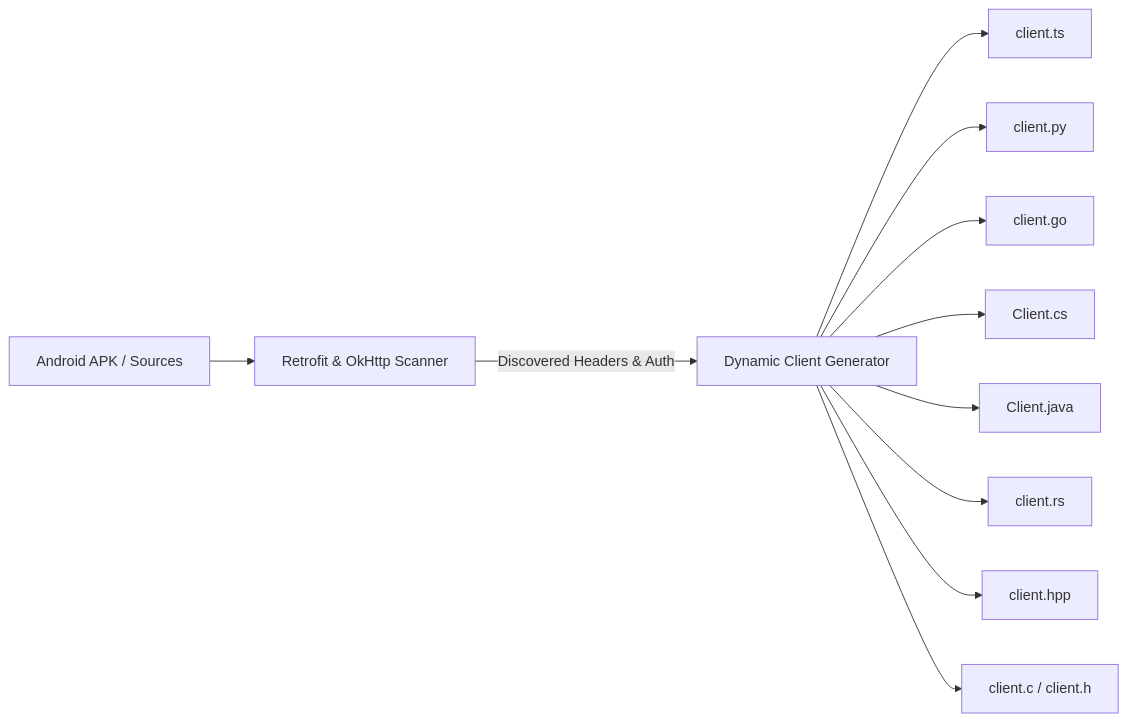
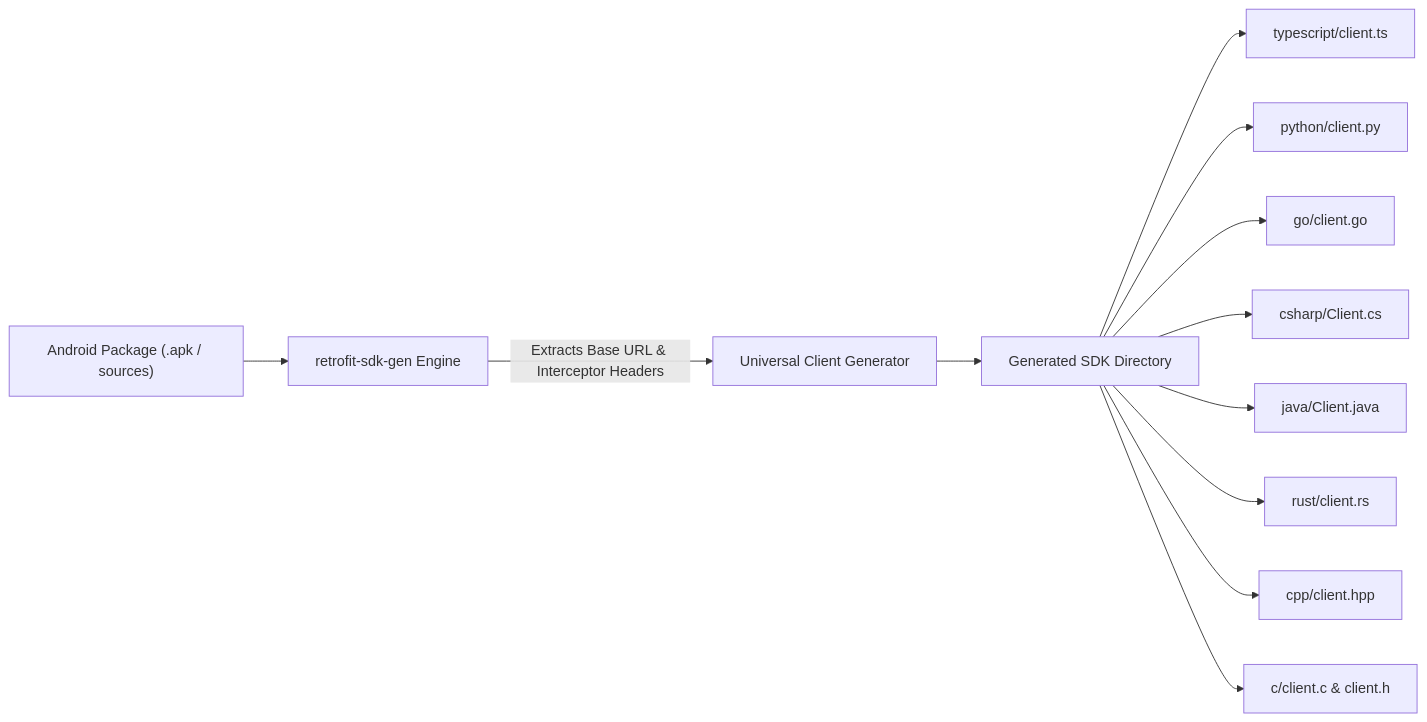
The diagram in docs/client.md (chahakshahcs5/retrofit-sdk-gen), drawn with Mermaid before and after one commit. The commit also changed other lines of this file, not shown here.

Commit message:
docs: clean client documentation to be fully self-contained within retrofit-sdk-gen

````diff
--- a/docs/client.md
+++ b/docs/client.md
@@ -32,13 +32,14 @@
 ```mermaid
 flowchart LR
-    APK["Android APK / Sources"] --> SCAN["Retrofit & OkHttp Scanner"]
-    SCAN -->|Discovered Headers & Auth| SCAFFOLD["Dynamic Client Generator"]
-    SCAFFOLD --> TS["client.ts"]
-    SCAFFOLD --> PY["client.py"]
-    SCAFFOLD --> GO["client.go"]
-    SCAFFOLD --> CS["Client.cs"]
-    SCAFFOLD --> JV["Client.java"]
-    SCAFFOLD --> RS["client.rs"]
-    SCAFFOLD --> CPP["client.hpp"]
-    SCAFFOLD --> C["client.c / client.h"]
+    INPUT["Android Package (.apk / sources)"] --> SCANNER["retrofit-sdk-gen Engine"]
+    SCANNER -->|Extracts Base URL & Interceptor Headers| SCAFFOLD["Universal Client Generator"]
+    SCAFFOLD --> OUT["Generated SDK Directory"]
+    OUT --> TS["typescript/client.ts"]
+    OUT --> PY["python/client.py"]
+    OUT --> GO["go/client.go"]
+    OUT --> CS["csharp/Client.cs"]
+    OUT --> JV["java/Client.java"]
+    OUT --> RS["rust/client.rs"]
+    OUT --> CPP["cpp/client.hpp"]
+    OUT --> C["c/client.c & client.h"]
 ```
````
